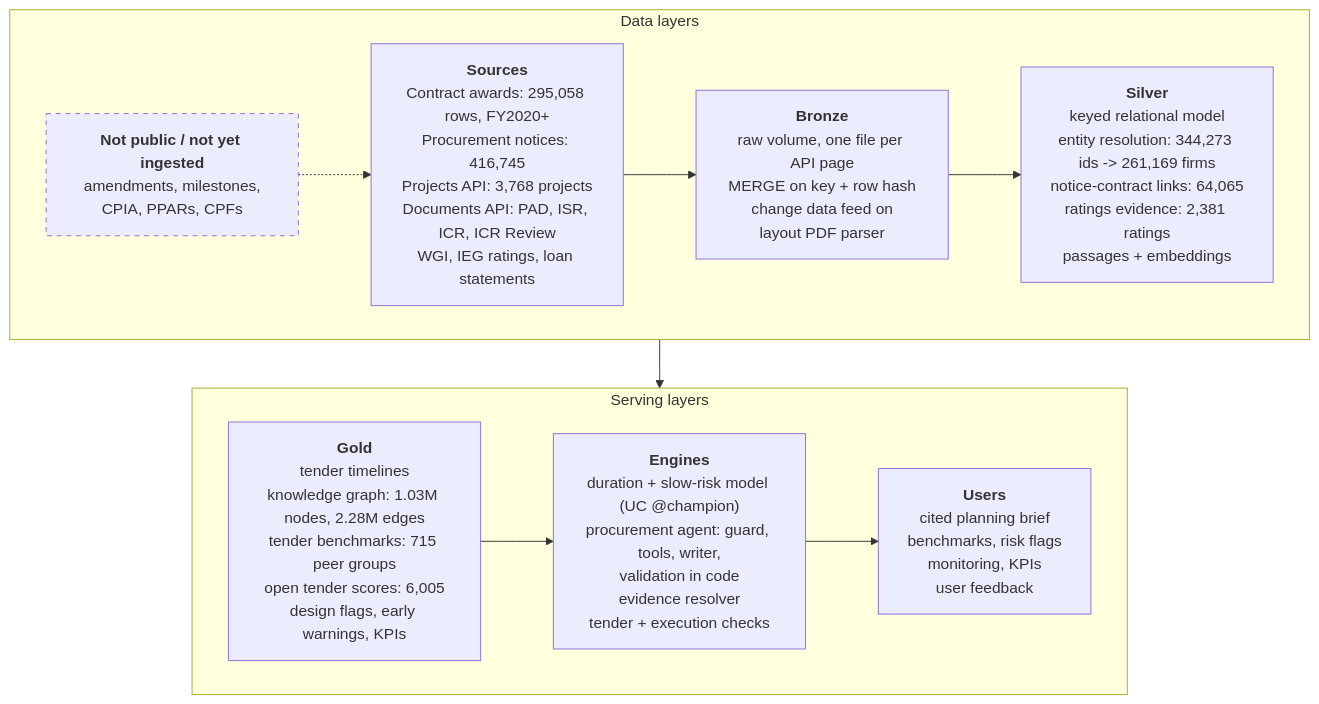
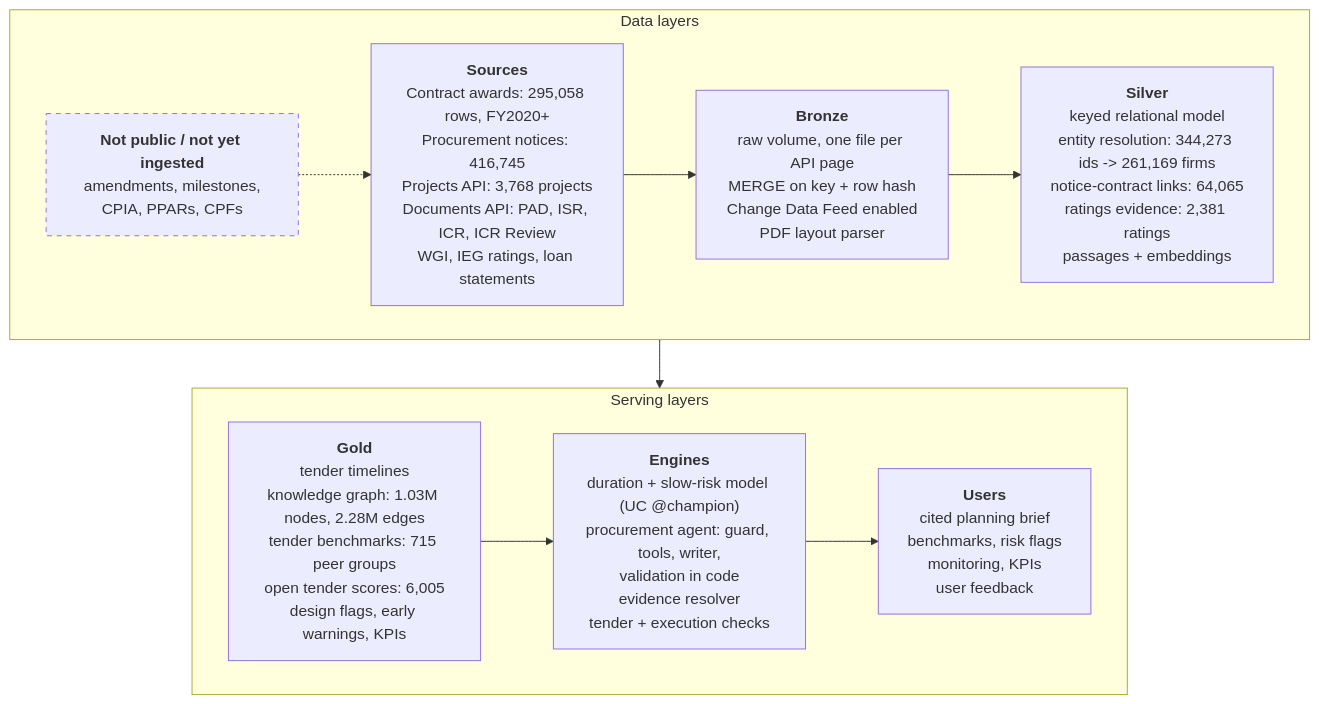
Before and after one commit to ShabadVaswani/worldbank-procurement-intelligence: the first of 7 diagrams in docs/proposal.md, drawn with Mermaid. The commit also changed other lines of this file and 1 other file, not shown here.

````diff
--- a/docs/proposal.md
+++ b/docs/proposal.md
@@ -57,20 +57,20 @@
 ```mermaid
 flowchart TB
     subgraph data["Data layers"]
         direction LR
         N["<b>Not public / not yet ingested</b><br/>amendments, milestones,<br/>CPIA, PPARs, CPFs"]:::designed
         S["<b>Sources</b><br/>Contract awards: 295,058 rows, FY2020+<br/>Procurement notices: 416,745<br/>Projects API: 3,768 projects<br/>Documents API: PAD, ISR, ICR, ICR Review<br/>WGI, IEG ratings, loan statements"]
-        B["<b>Bronze</b><br/>raw volume, one file per API page<br/>MERGE on key + row hash<br/>change data feed on<br/>layout PDF parser"]
+        B["<b>Bronze</b><br/>raw volume, one file per API page<br/>MERGE on key + row hash<br/>Change Data Feed enabled<br/>PDF layout parser"]
         SV["<b>Silver</b><br/>keyed relational model<br/>entity resolution: 344,273 ids -> 261,169 firms<br/>notice-contract links: 64,065<br/>ratings evidence: 2,381 ratings<br/>passages + embeddings"]
         N -.-> S --> B --> SV
     end
     subgraph serve["Serving layers"]
         direction LR
         G["<b>Gold</b><br/>tender timelines<br/>knowledge graph: 1.03M nodes, 2.28M edges<br/>tender benchmarks: 715 peer groups<br/>open tender scores: 6,005<br/>design flags, early warnings, KPIs"]
         E["<b>Engines</b><br/>duration + slow-risk model (UC @champion)<br/>procurement agent: guard, tools, writer,<br/>validation in code<br/>evidence resolver<br/>tender + execution checks"]
         U["<b>Users</b><br/>cited planning brief<br/>benchmarks, risk flags<br/>monitoring, KPIs<br/>user feedback"]
         G --> E --> U
     end
     data --> serve
     classDef designed stroke-dasharray: 5 5
 ```
````
